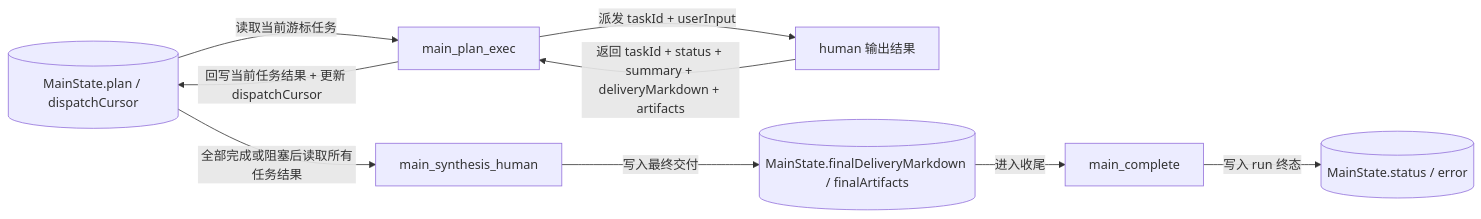
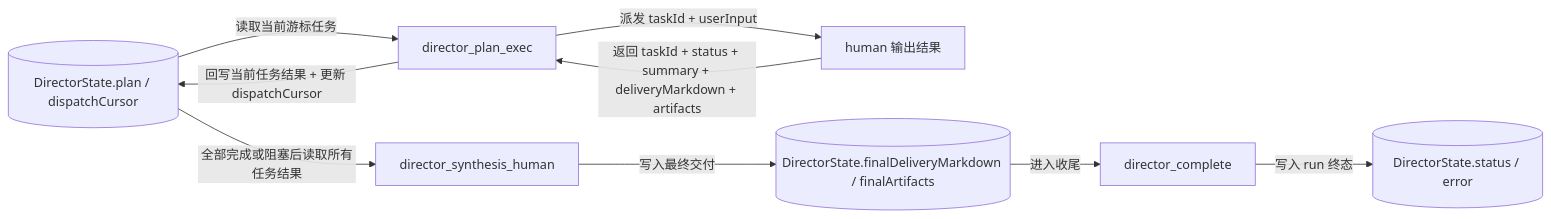
Before and after one commit to Yoan98/Ncurator: the third of 7 diagrams in doc/ai-design/data-definition-and-flow.md, drawn with Mermaid. The commit also changed other lines of this file and 27 other files, not shown here.

Commit message:
Rename AI orchestrator from main to director

````diff
--- a/doc/ai-design/data-definition-and-flow.md
+++ b/doc/ai-design/data-definition-and-flow.md
@@ -439,19 +439,19 @@
 ```mermaid
 flowchart LR
-    S3[("MainState.plan / dispatchCursor")]
-    ME["main_plan_exec"]
+    S3[("DirectorState.plan / dispatchCursor")]
+    ME["director_plan_exec"]
     H["human 输出结果"]
-    MS["main_synthesis_human"]
-    S4[("MainState.finalDeliveryMarkdown / finalArtifacts")]
-    MX["main_complete"]
-    S5[("MainState.status / error")]
+    MS["director_synthesis_human"]
+    S4[("DirectorState.finalDeliveryMarkdown / finalArtifacts")]
+    MX["director_complete"]
+    S5[("DirectorState.status / error")]
 
     S3 -->|读取当前游标任务| ME
     ME -->|派发 taskId + userInput| H
     H -->|返回 taskId + status + summary + deliveryMarkdown + artifacts| ME
     ME -->|回写当前任务结果 + 更新 dispatchCursor| S3
     S3 -->|全部完成或阻塞后读取所有任务结果| MS
     MS -->|写入最终交付| S4
     S4 -->|进入收尾| MX
     MX -->|写入 run 终态| S5
 ```
````
